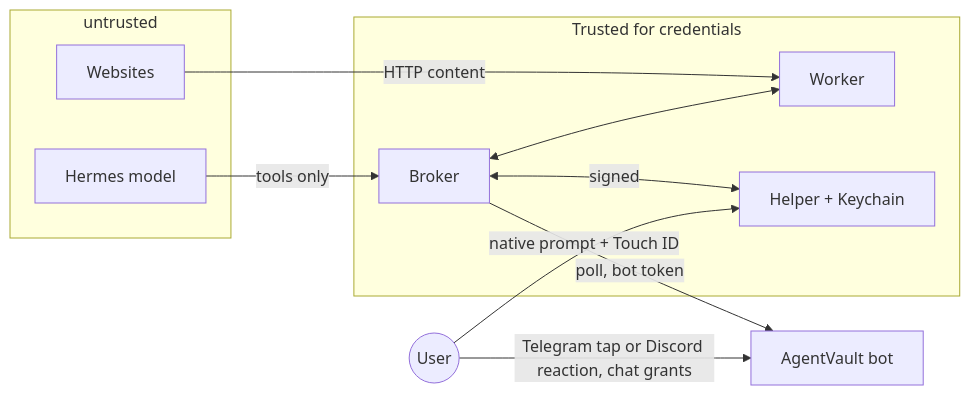
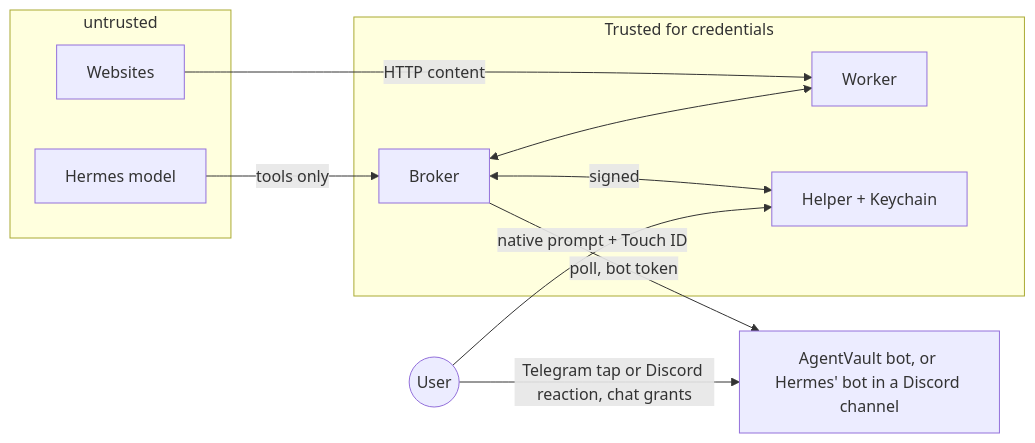
One commit to wezzcoetzee/hermes-password-manager changed the diagram in docs/threat-model.md. Above: the diagram before and after it, drawn with Mermaid. The commit also changed 3 other files, not shown here.

Commit message:
docs(discord): cover Hermes' shared bot in skills and diagrams

````diff
--- a/docs/threat-model.md
+++ b/docs/threat-model.md
@@ -25,19 +25,19 @@
 ```mermaid
 flowchart LR
   subgraph untrusted
     MODEL[Hermes model]
     SITE[Websites]
   end
   MODEL -->|tools only| BROKER
   SITE -->|HTTP content| WORKER
   subgraph TCB[Trusted for credentials]
     BROKER[Broker]
     WORKER[Worker]
     HELPER[Helper + Keychain]
   end
   BROKER <--> WORKER
   BROKER <-->|signed| HELPER
   HUMAN((User)) -->|native prompt + Touch ID| HELPER
-  HUMAN -->|Telegram tap or Discord reaction, chat grants| TG[AgentVault bot]
+  HUMAN -->|Telegram tap or Discord reaction, chat grants| TG[AgentVault bot, or Hermes' bot in a Discord channel]
   BROKER -->|poll, bot token| TG
 ```
````
